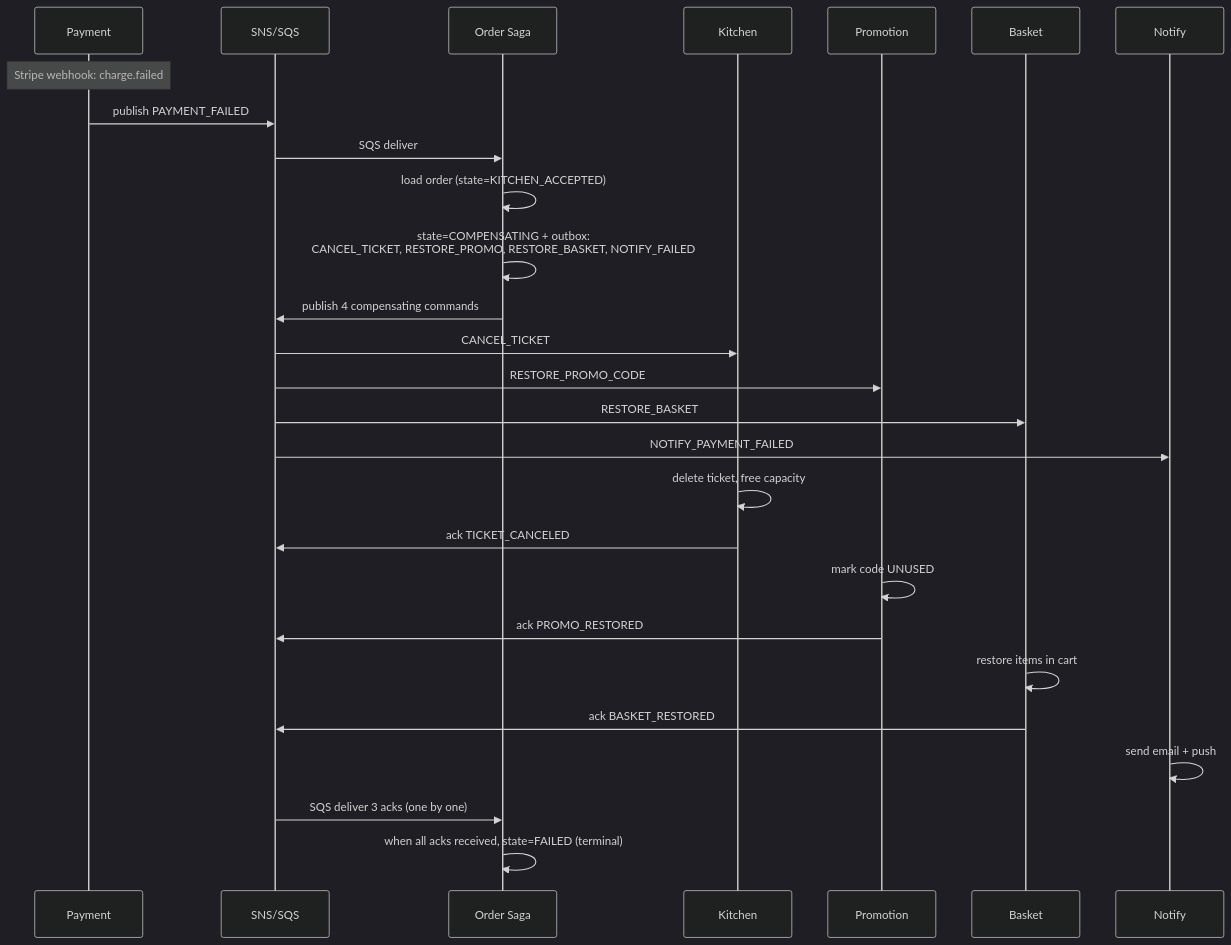
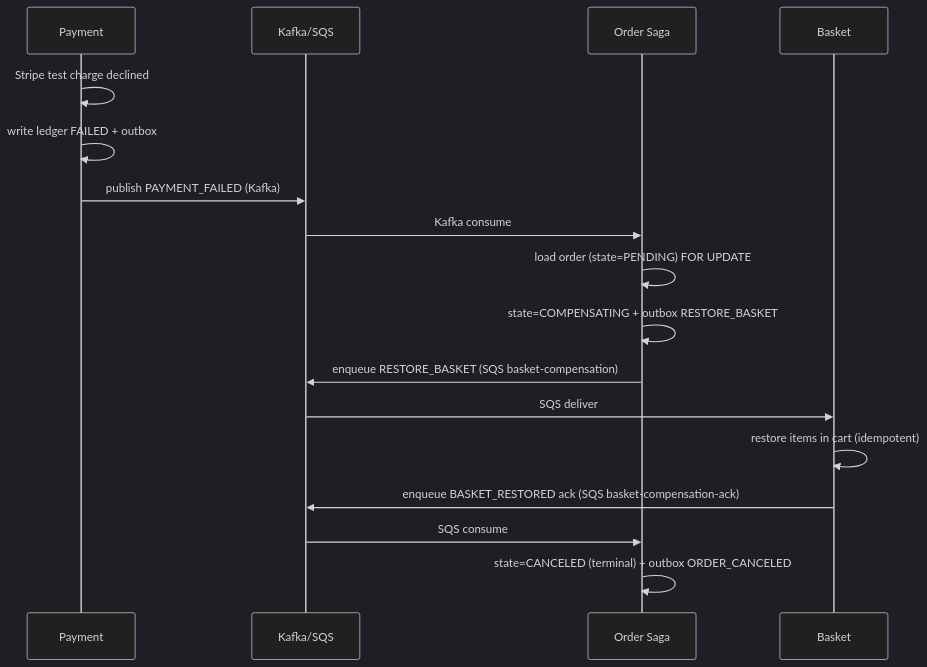
Before and after one commit to mitaka-dev/food-delivery-system: the third of 4 diagrams in docs/plan/ARCHITECTURE.md, drawn with Mermaid (dark theme). The commit also changed other lines of this file and 5 other files, not shown here.

````diff
--- a/docs/plan/ARCHITECTURE.md
+++ b/docs/plan/ARCHITECTURE.md
@@ -655,31 +677,20 @@
 ```mermaid
 sequenceDiagram
     participant Pay as Payment
-    participant Bus as SNS/SQS
+    participant Bus as Kafka/SQS
     participant O as Order Saga
-    participant K as Kitchen
-    participant Pr as Promotion
     participant B as Basket
-    participant N as Notify
 
-    Note over Pay: Stripe webhook: charge.failed
-    Pay->>Bus: publish PAYMENT_FAILED
-    Bus->>O: SQS deliver
-    O->>O: load order (state=KITCHEN_ACCEPTED)
-    O->>O: state=COMPENSATING + outbox: <br/>CANCEL_TICKET, RESTORE_PROMO, RESTORE_BASKET, NOTIFY_FAILED
-    O->>Bus: publish 4 compensating commands
-    Bus->>K: CANCEL_TICKET
-    Bus->>Pr: RESTORE_PROMO_CODE
-    Bus->>B: RESTORE_BASKET
-    Bus->>N: NOTIFY_PAYMENT_FAILED
-    K->>K: delete ticket, free capacity
-    K->>Bus: ack TICKET_CANCELED
-    Pr->>Pr: mark code UNUSED
-    Pr->>Bus: ack PROMO_RESTORED
-    B->>B: restore items in cart
-    B->>Bus: ack BASKET_RESTORED
-    N->>N: send email + push
-
-    Bus->>O: SQS deliver 3 acks (one by one)
-    O->>O: when all acks received, state=FAILED (terminal)
+    Pay->>Pay: Stripe test charge declined
+    Pay->>Pay: write ledger FAILED + outbox
+    Pay->>Bus: publish PAYMENT_FAILED (Kafka)
+    Bus->>O: Kafka consume
+    O->>O: load order (state=PENDING) FOR UPDATE
+    O->>O: state=COMPENSATING + outbox RESTORE_BASKET
+    O->>Bus: enqueue RESTORE_BASKET (SQS basket-compensation)
+    Bus->>B: SQS deliver
+    B->>B: restore items in cart (idempotent)
+    B->>Bus: enqueue BASKET_RESTORED ack (SQS basket-compensation-ack)
+    Bus->>O: SQS consume
+    O->>O: state=CANCELED (terminal) + outbox ORDER_CANCELED
 ```
````
